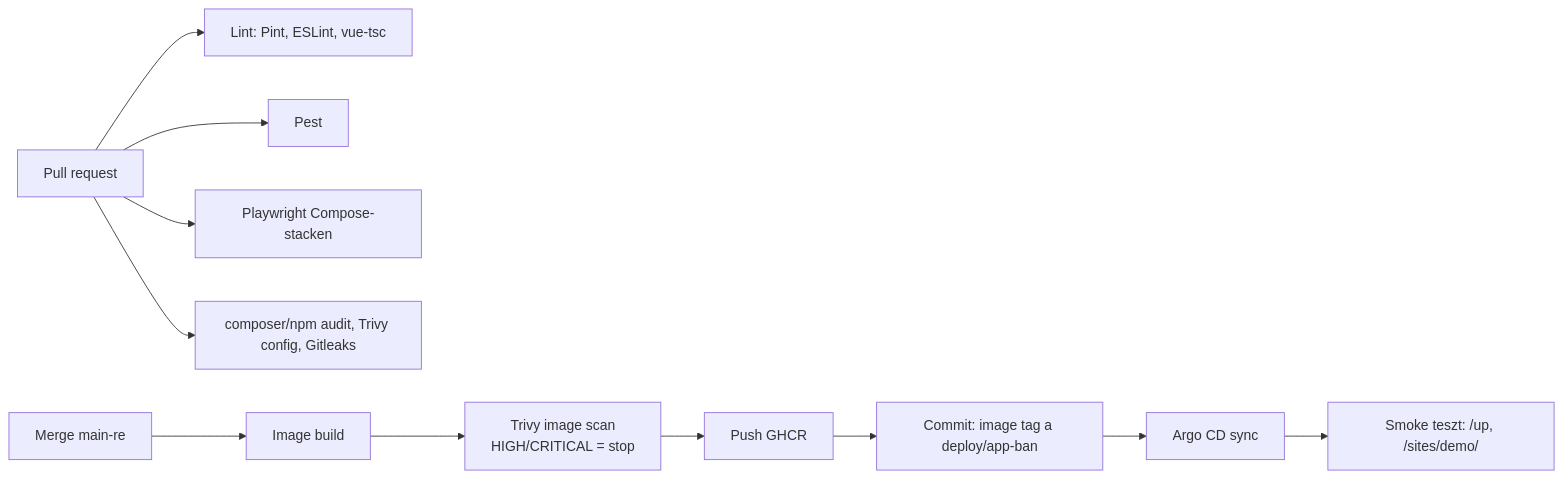
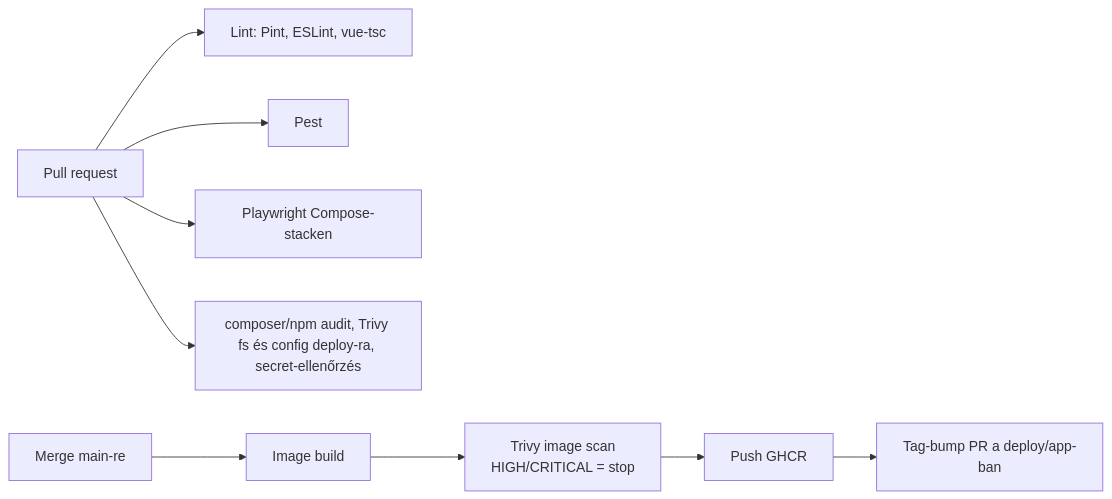
One commit to Pgabo99/PageBuilder changed the diagram in docs/devops.md. Above: the diagram before and after it, drawn with Mermaid. The commit also changed other lines of this file and 2 other files, not shown here.

Commit message:
Ütemterv és DevOps: kind + Argo CD nem bizonyított működésként jelölve

````diff
--- a/docs/devops.md
+++ b/docs/devops.md
@@ -64,13 +64,11 @@
 ```mermaid
 flowchart LR
   pr[Pull request] --> lint[Lint: Pint, ESLint, vue-tsc]
   pr --> test[Pest]
   pr --> e2e[Playwright Compose-stacken]
-  pr --> scan1[composer/npm audit, Trivy config, Gitleaks]
+  pr --> scan1[composer/npm audit, Trivy fs és config deploy-ra, secret-ellenőrzés]
   main[Merge main-re] --> build[Image build]
   build --> scan2[Trivy image scan<br/>HIGH/CRITICAL = stop]
   scan2 --> push[Push GHCR]
-  push --> bump[Commit: image tag a deploy/app-ban]
-  bump --> argo[Argo CD sync]
-  argo --> smoke[Smoke teszt: /up, /sites/demo/]
+  push --> bump[Tag-bump PR a deploy/app-ban]
 ```
````
